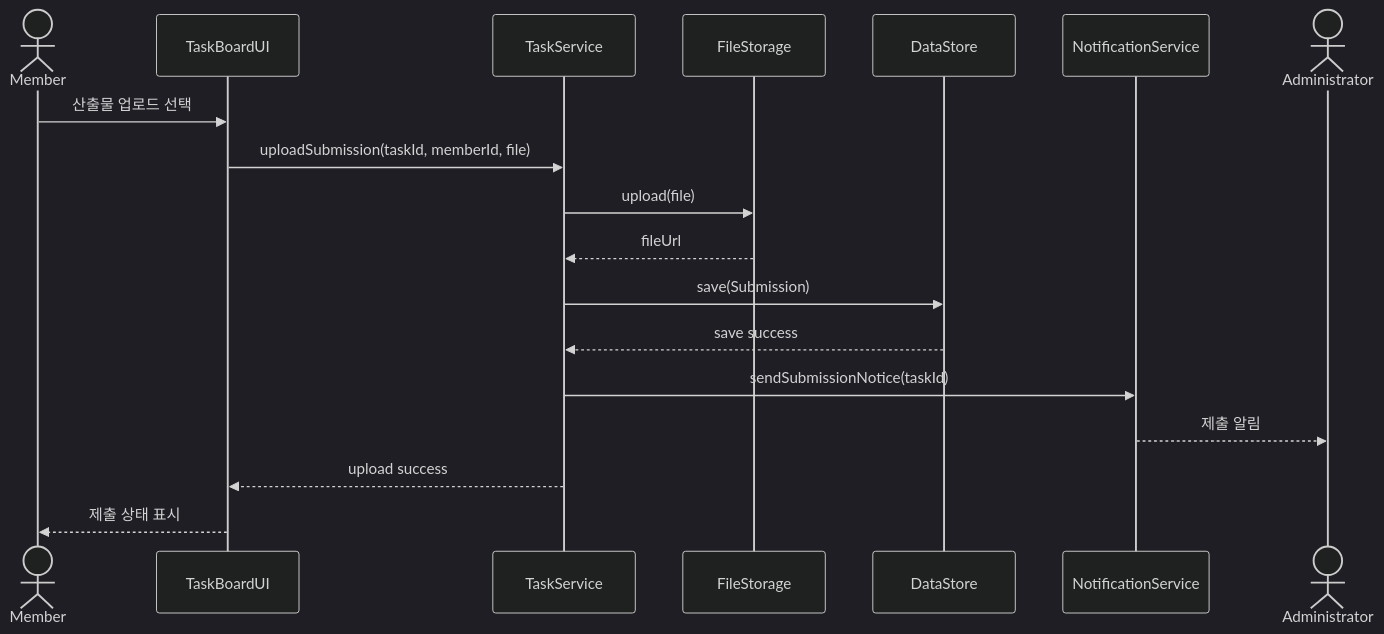
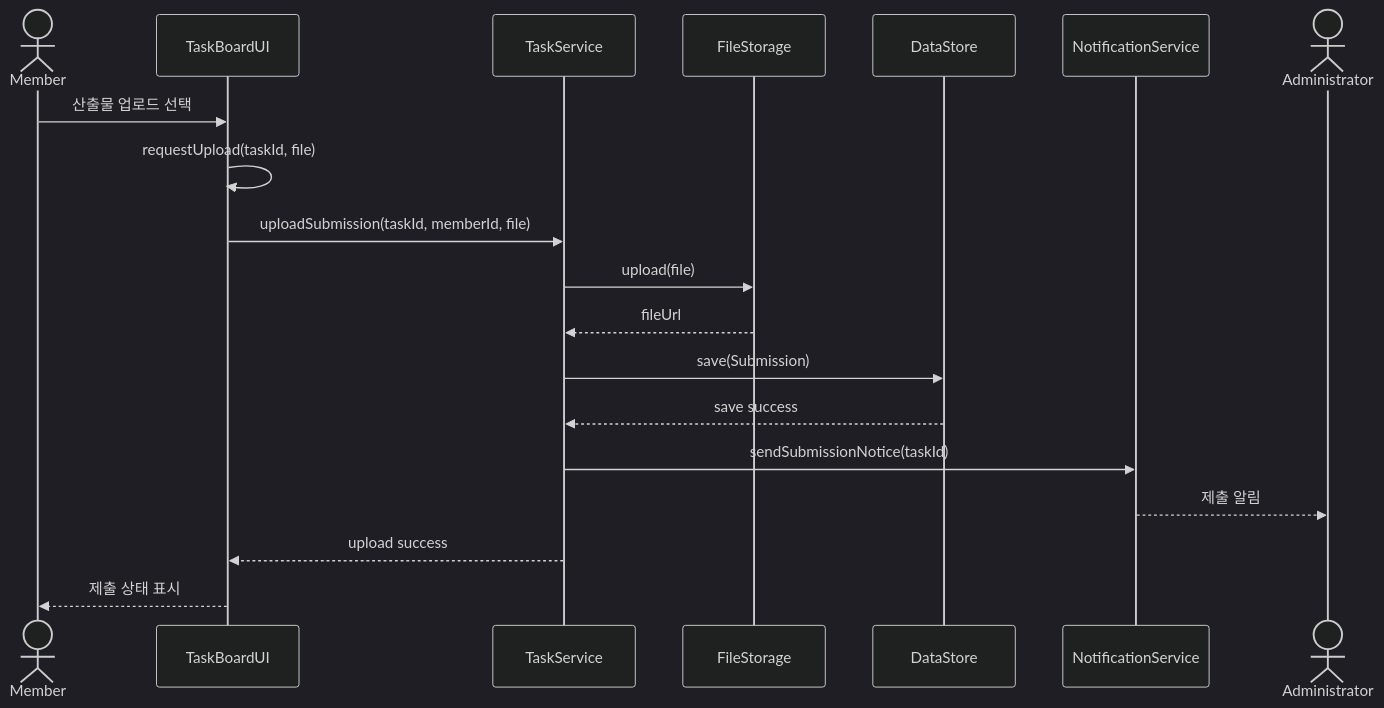
The eighth of 16 diagrams in Design_22411923_홍주은.md (goldong23/Jo-Yul), drawn with Mermaid (dark theme) before and after one commit. The commit also changed other lines of this file, not shown here.

Commit message:
UML 다이어그램 강의 규칙 반영

````diff
--- a/Design_22411923_홍주은.md
+++ b/Design_22411923_홍주은.md
@@ -404,21 +476,22 @@
 ```mermaid
 sequenceDiagram
     actor Member
     participant TaskBoardUI
     participant TaskService
     participant FileStorage
     participant DataStore
     participant NotificationService
     actor Administrator
 
     Member->>TaskBoardUI: 산출물 업로드 선택
+    TaskBoardUI->>TaskBoardUI: requestUpload(taskId, file)
     TaskBoardUI->>TaskService: uploadSubmission(taskId, memberId, file)
     TaskService->>FileStorage: upload(file)
     FileStorage-->>TaskService: fileUrl
     TaskService->>DataStore: save(Submission)
     DataStore-->>TaskService: save success
     TaskService->>NotificationService: sendSubmissionNotice(taskId)
     NotificationService-->>Administrator: 제출 알림
     TaskService-->>TaskBoardUI: upload success
     TaskBoardUI-->>Member: 제출 상태 표시
 ```
````
